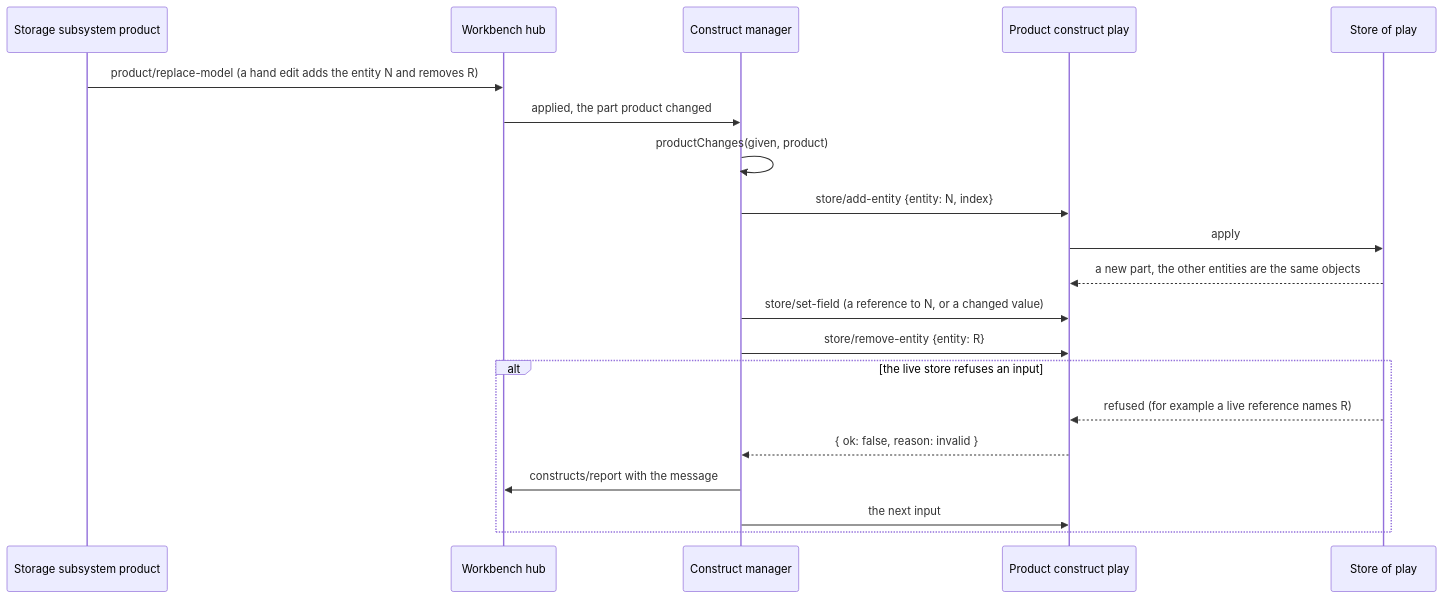
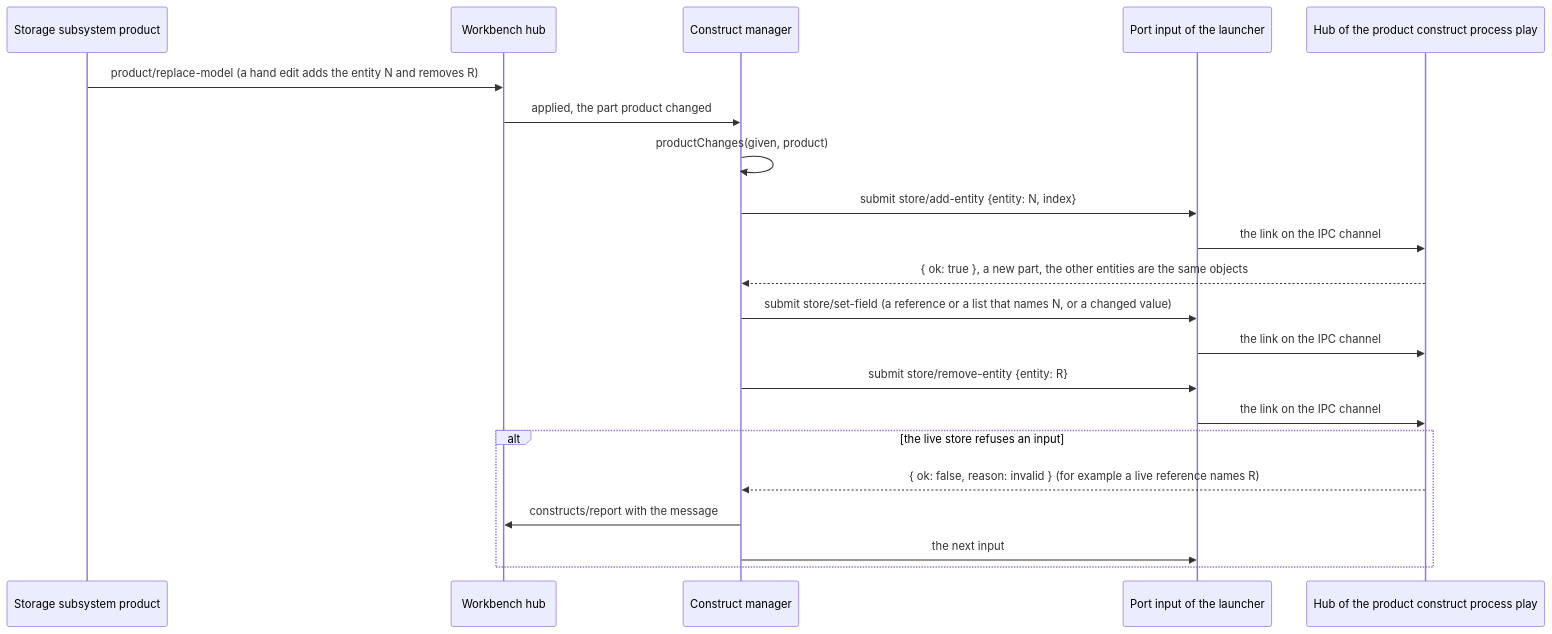
One commit to twin-digital/opus changed the second of 2 diagrams in openspec/changes/630-live-values-entities/design.md. Above: the diagram before and after it, drawn with Mermaid. The commit also changed other lines of this file and 3 other files, not shown here.

````diff
--- a/openspec/changes/630-live-values-entities/design.md
+++ b/openspec/changes/630-live-values-entities/design.md
@@ -192,23 +227,24 @@
 ```mermaid
 sequenceDiagram
   participant Files as Storage subsystem product
   participant Hub as Workbench hub
   participant CM as Construct manager
-  participant Play as Product construct play
-  participant Store as Store of play
+  participant Port as Port input of the launcher
+  participant Play as Hub of the product construct process play
 
   Files->>Hub: product/replace-model (a hand edit adds the entity N and removes R)
   Hub->>CM: applied, the part product changed
   CM->>CM: productChanges(given, product)
-  CM->>Play: store/add-entity {entity: N, index}
-  Play->>Store: apply
-  Store-->>Play: a new part, the other entities are the same objects
-  CM->>Play: store/set-field (a reference to N, or a changed value)
-  CM->>Play: store/remove-entity {entity: R}
+  CM->>Port: submit store/add-entity {entity: N, index}
+  Port->>Play: the link on the IPC channel
+  Play-->>CM: { ok: true }, a new part, the other entities are the same objects
+  CM->>Port: submit store/set-field (a reference or a list that names N, or a changed value)
+  Port->>Play: the link on the IPC channel
+  CM->>Port: submit store/remove-entity {entity: R}
+  Port->>Play: the link on the IPC channel
   alt the live store refuses an input
-    Store-->>Play: refused (for example a live reference names R)
-    Play-->>CM: { ok: false, reason: invalid }
+    Play-->>CM: { ok: false, reason: invalid } (for example a live reference names R)
     CM->>Hub: constructs/report with the message
-    CM->>Play: the next input
+    CM->>Port: the next input
   end
 ```
````
